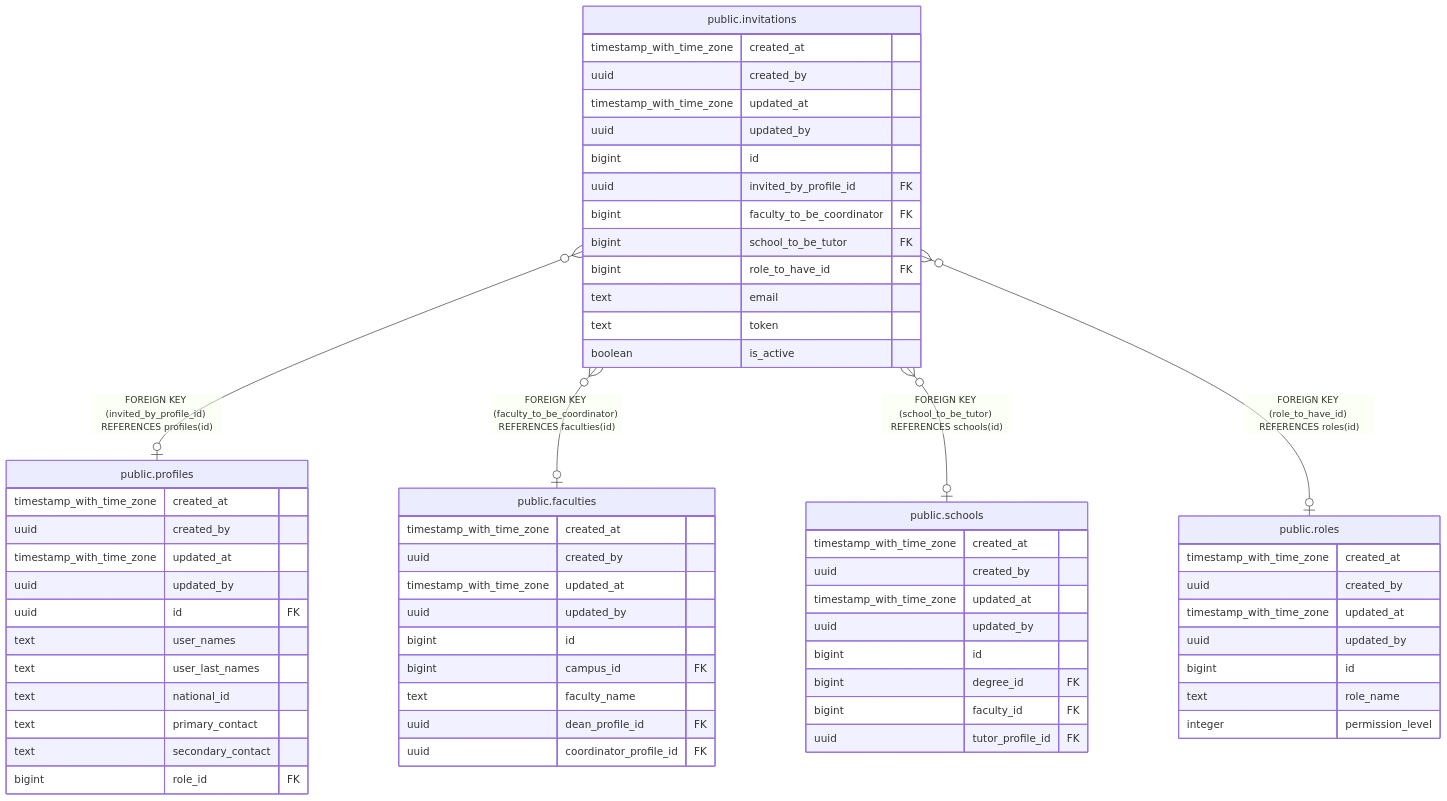
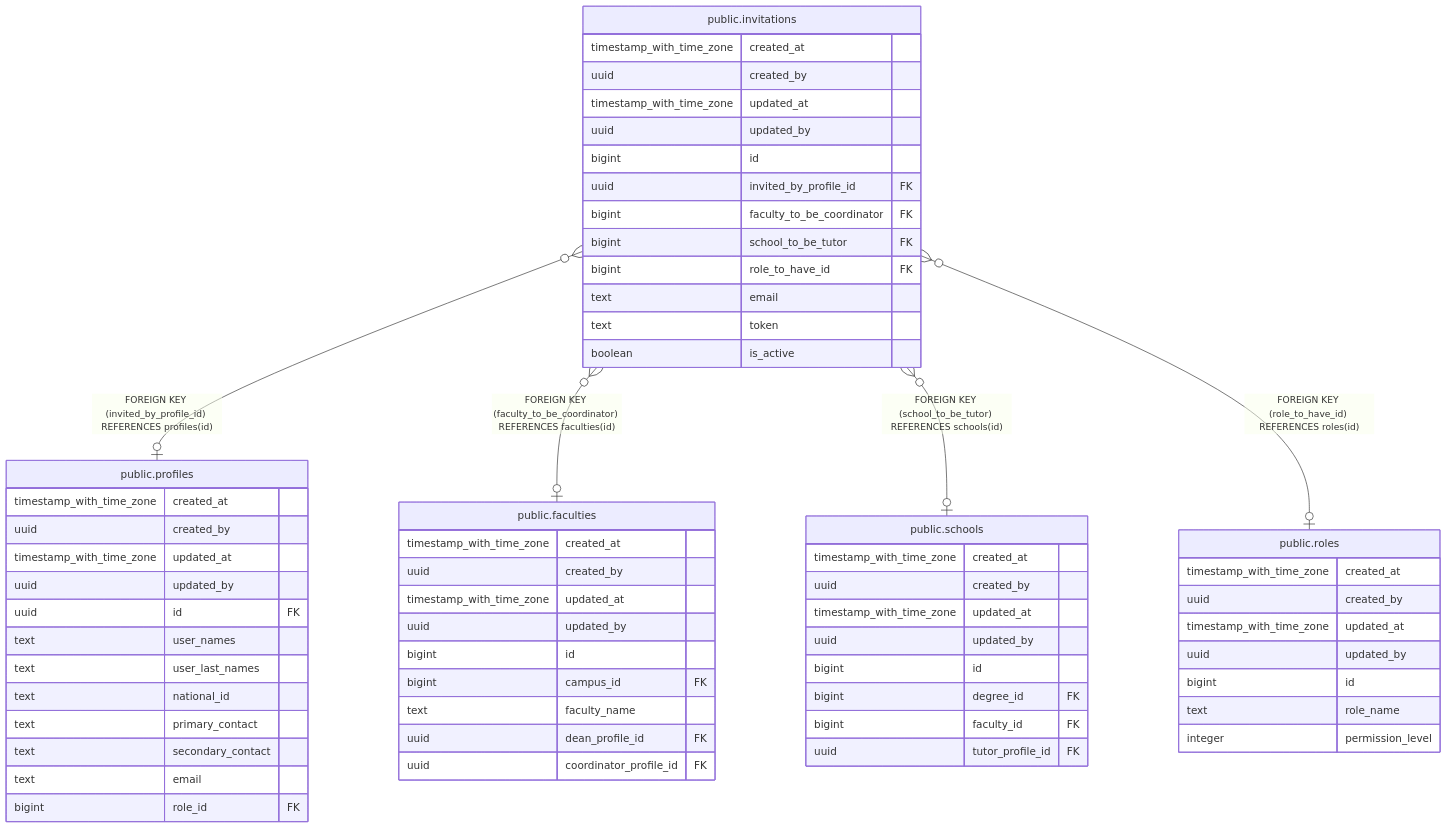
The diagram in docs/db/tbls/public.invitations.md (icristianhernandez/academic-service-backend), drawn with Mermaid before and after one commit. The commit also changed 16 other files, not shown here.

````diff
--- a/docs/db/tbls/public.invitations.md
+++ b/docs/db/tbls/public.invitations.md
@@ -50,66 +50,67 @@
 ```mermaid
 erDiagram
 
 "public.invitations" }o--o| "public.profiles" : "FOREIGN KEY (invited_by_profile_id) REFERENCES profiles(id)"
 "public.invitations" }o--o| "public.faculties" : "FOREIGN KEY (faculty_to_be_coordinator) REFERENCES faculties(id)"
 "public.invitations" }o--o| "public.schools" : "FOREIGN KEY (school_to_be_tutor) REFERENCES schools(id)"
 "public.invitations" }o--o| "public.roles" : "FOREIGN KEY (role_to_have_id) REFERENCES roles(id)"
 
 "public.invitations" {
   timestamp_with_time_zone created_at ""
   uuid created_by ""
   timestamp_with_time_zone updated_at ""
   uuid updated_by ""
   bigint id ""
   uuid invited_by_profile_id FK ""
   bigint faculty_to_be_coordinator FK ""
   bigint school_to_be_tutor FK ""
   bigint role_to_have_id FK ""
   text email ""
   text token ""
   boolean is_active ""
 }
 "public.profiles" {
   timestamp_with_time_zone created_at ""
   uuid created_by ""
   timestamp_with_time_zone updated_at ""
   uuid updated_by ""
   uuid id FK ""
   text user_names ""
   text user_last_names ""
   text national_id ""
   text primary_contact ""
   text secondary_contact ""
+  text email ""
   bigint role_id FK ""
 }
 "public.faculties" {
   timestamp_with_time_zone created_at ""
   uuid created_by ""
   timestamp_with_time_zone updated_at ""
   uuid updated_by ""
   bigint id ""
   bigint campus_id FK ""
   text faculty_name ""
   uuid dean_profile_id FK ""
   uuid coordinator_profile_id FK ""
 }
 "public.schools" {
   timestamp_with_time_zone created_at ""
   uuid created_by ""
   timestamp_with_time_zone updated_at ""
   uuid updated_by ""
   bigint id ""
   bigint degree_id FK ""
   bigint faculty_id FK ""
   uuid tutor_profile_id FK ""
 }
 "public.roles" {
   timestamp_with_time_zone created_at ""
   uuid created_by ""
   timestamp_with_time_zone updated_at ""
   uuid updated_by ""
   bigint id ""
   text role_name ""
   integer permission_level ""
 }
 ```
````
